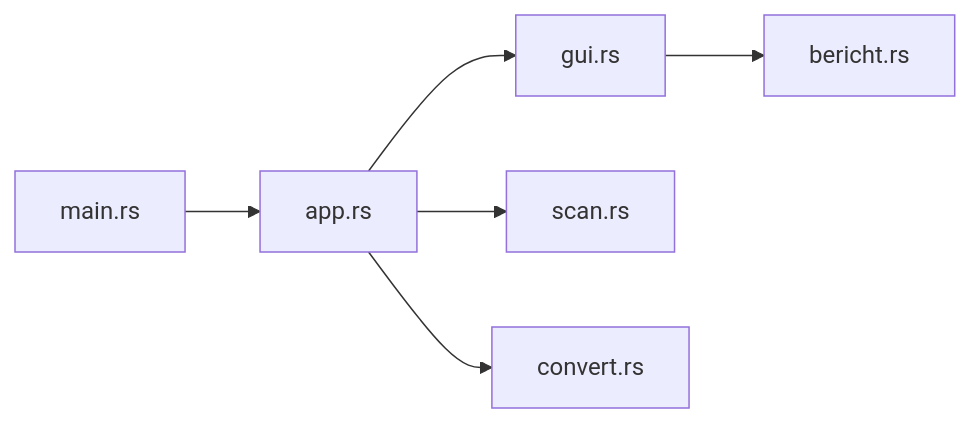
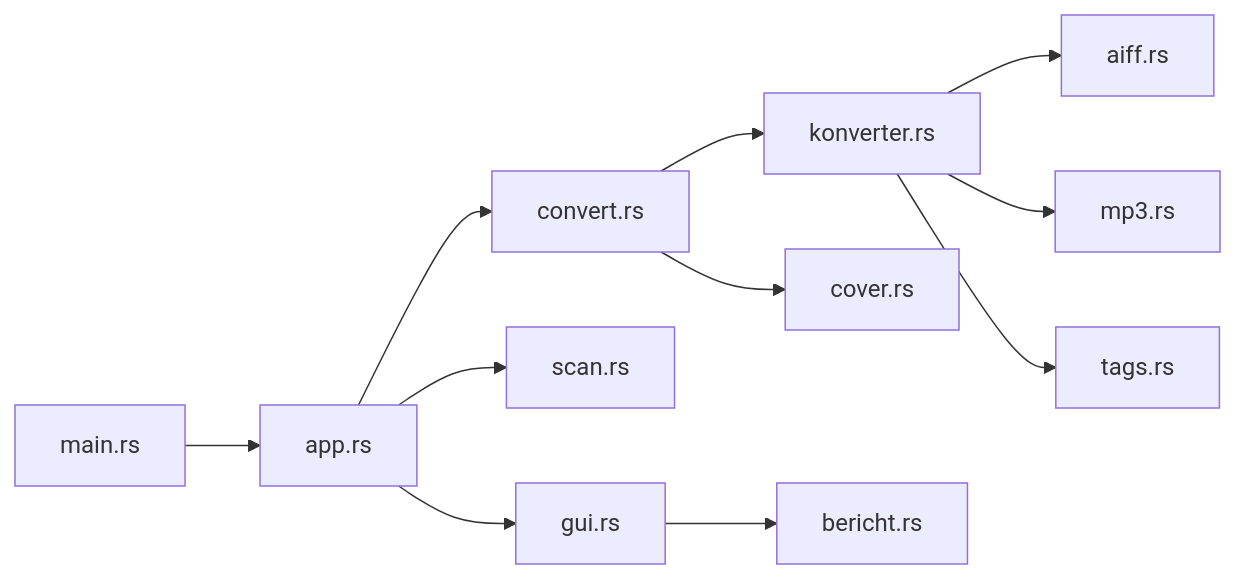
Before and after one commit to Senci/audio-konverter: the diagram in wiki/entscheidungen.md, drawn with Mermaid. The commit also changed other lines of this file and 7 other files, not shown here.

````diff
--- a/wiki/entscheidungen.md
+++ b/wiki/entscheidungen.md
@@ -23,8 +27,13 @@
 ```mermaid
 flowchart LR
     M["main.rs"] --> A["app.rs"]
     A --> G["gui.rs"]
     A --> S["scan.rs"]
     A --> C["convert.rs"]
+    C --> K["konverter.rs"]
+    K --> AI["aiff.rs"]
+    K --> MP["mp3.rs"]
+    K --> T["tags.rs"]
+    C --> CO["cover.rs"]
     G --> B["bericht.rs"]
 ```
````
